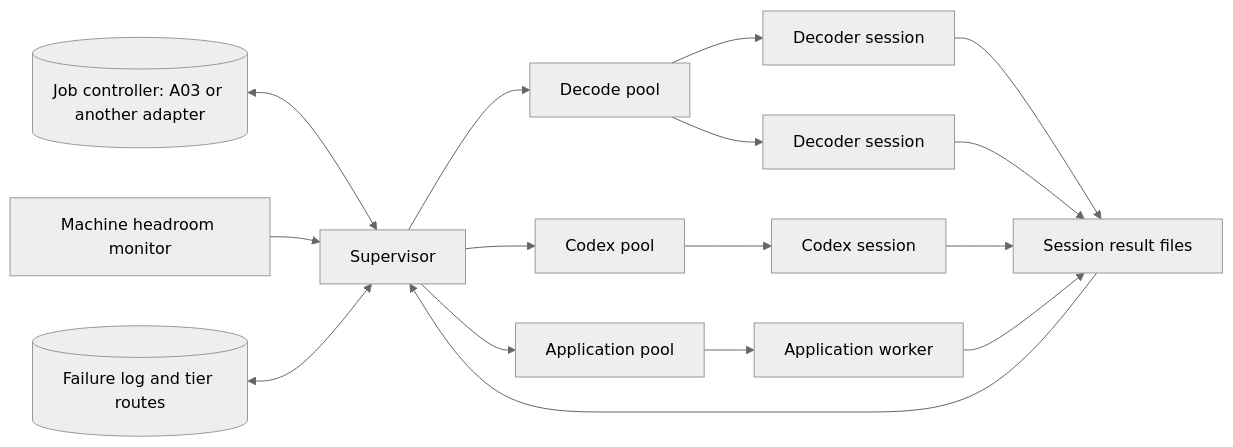
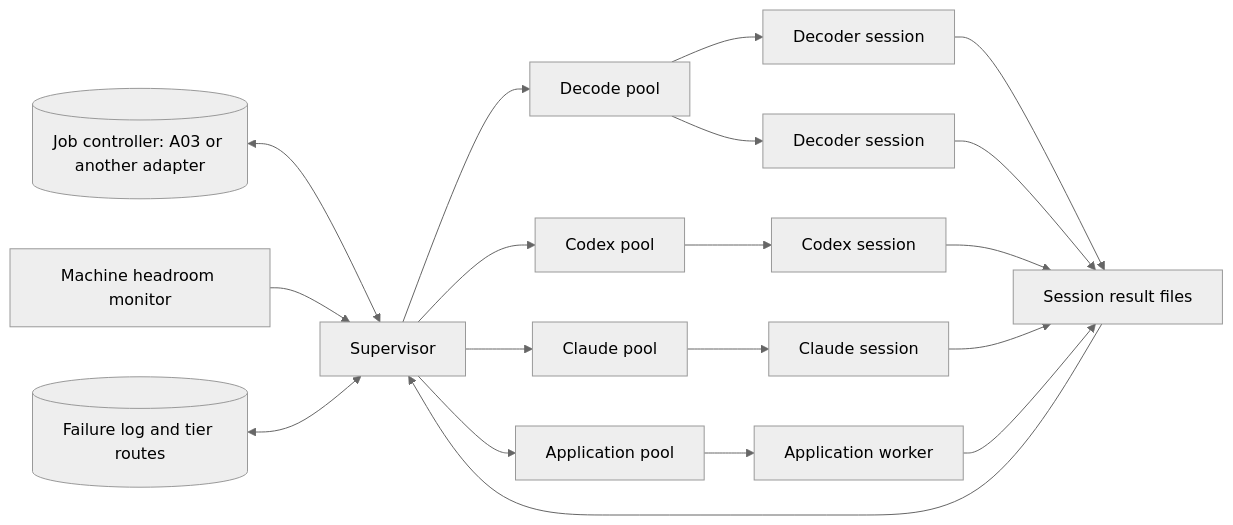
The diagram in Documentation/Reference/Research/ParallelSessions.md (Stephen316/Kit), drawn with Mermaid (neutral theme) before and after one commit. The commit also changed other lines of this file and 1 other file, not shown here.

Commit message:
Docs - Add Claude and Codex model ladders with consistency-based re-ranking

````diff
--- a/Documentation/Reference/Research/ParallelSessions.md
+++ b/Documentation/Reference/Research/ParallelSessions.md
@@ -28,18 +29,21 @@
 ```mermaid
 flowchart LR
     L[(Job controller: A03 or another adapter)] <--> S[Supervisor]
     S --> P1[Decode pool]
     S --> P2[Codex pool]
+    S --> P4[Claude pool]
     S --> P3[Application pool]
     P1 --> D1[Decoder session]
     P1 --> D2[Decoder session]
     P2 --> C1[Codex session]
+    P4 --> K1[Claude session]
     P3 --> A1[Application worker]
     D1 --> R[Session result files]
     D2 --> R
     C1 --> R
+    K1 --> R
     A1 --> R
     R --> S
     M[Machine headroom monitor] --> S
     F[(Failure log and tier routes)] <--> S
 ```
````
